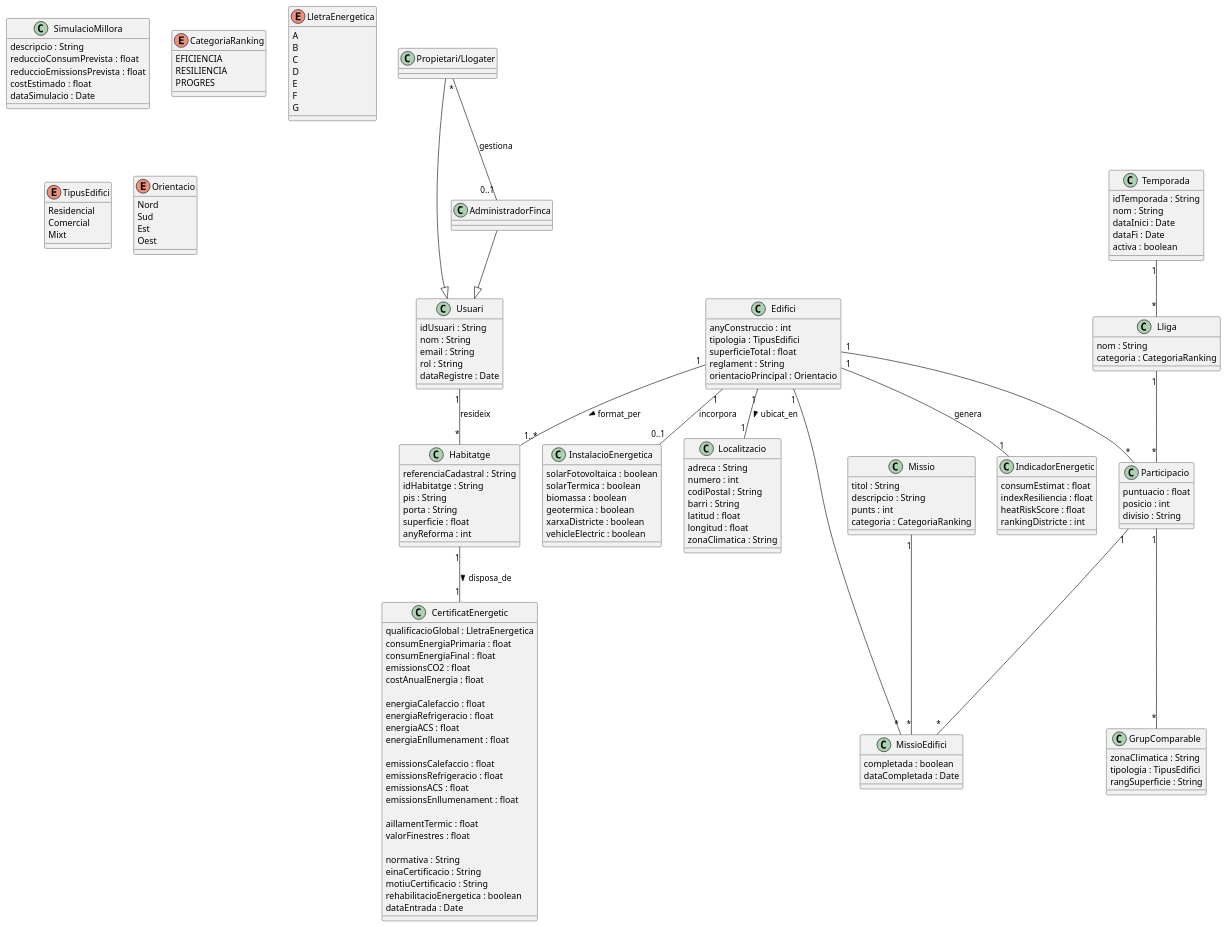
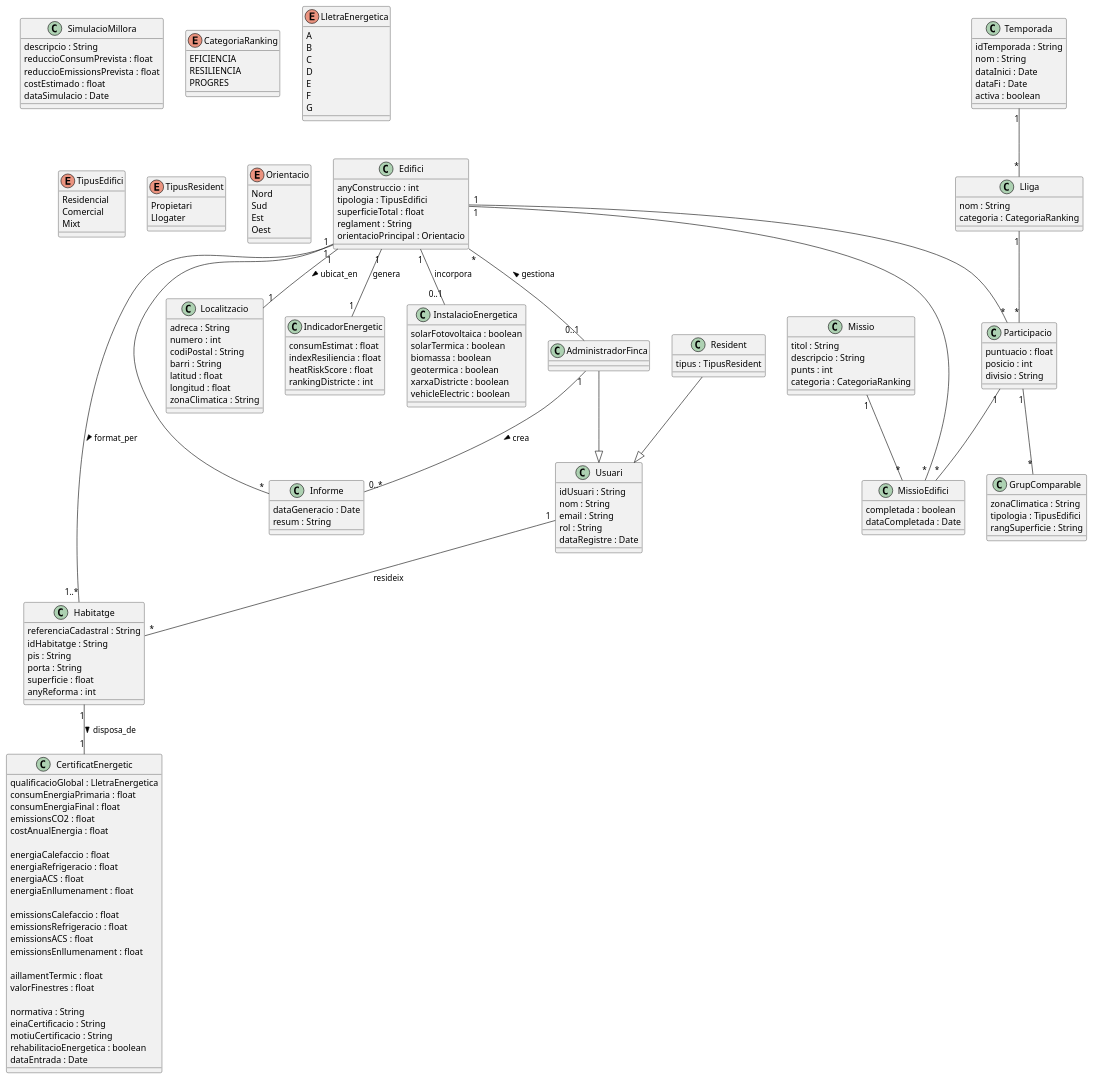
One commit to ScoreLab-Team/Backend-BuildRank changed the diagram in src/diagram.puml. Above: the diagram before and after it, drawn with PlantUML.

Commit message:
afegir classes Resident i Informe, i actualitzar relacions d'usuari. També afegir comentaris a debatre

```diff
--- a/src/diagram.puml
+++ b/src/diagram.puml
@@ -1,176 +1,192 @@
 @startuml
 
 class Edifici {
     anyConstruccio : int
     tipologia : TipusEdifici
     superficieTotal : float
     reglament : String
     orientacioPrincipal : Orientacio
 }
 
 class Habitatge {
   referenciaCadastral : String
   idHabitatge : String
   pis : String
   porta : String
   superficie : float
   anyReforma : int
 }
 
 class Localitzacio {
   adreca : String
   numero : int
   codiPostal : String
   barri : String
   latitud : float
   longitud : float
   zonaClimatica : String
 }
 class CertificatEnergetic {
     qualificacioGlobal : LletraEnergetica
     consumEnergiaPrimaria : float
     consumEnergiaFinal : float
     emissionsCO2 : float
     costAnualEnergia : float
 
     energiaCalefaccio : float
     energiaRefrigeracio : float
     energiaACS : float
     energiaEnllumenament : float
 
     emissionsCalefaccio : float
     emissionsRefrigeracio : float
     emissionsACS : float
     emissionsEnllumenament : float
 
     aillamentTermic : float
     valorFinestres : float
 
     normativa : String
     einaCertificacio : String
     motiuCertificacio : String
     rehabilitacioEnergetica : boolean
     dataEntrada : Date
 }
 
 class IndicadorEnergetic {
   consumEstimat : float
   indexResiliencia : float
   heatRiskScore : float
   rankingDistricte : int
 }
 
 class Usuari {
   idUsuari : String
   nom : String
   email : String
   rol : String
   dataRegistre : Date
 }
 
-class Propietari/Llogater{}
+class Resident{
+  tipus : TipusResident
+}
 class AdministradorFinca{}
 
 class InstalacioEnergetica {
   solarFotovoltaica : boolean
   solarTermica : boolean
   biomassa : boolean
   geotermica : boolean
   xarxaDistricte : boolean
   vehicleElectric : boolean
 }
 
 class Temporada {
   idTemporada : String
   nom : String
   dataInici : Date
   dataFi : Date
   activa : boolean
 }
 class Lliga {
   nom : String
   categoria : CategoriaRanking
 }
 
 class Participacio {
   puntuacio : float
   posicio : int
   divisio : String
 }
 
 class GrupComparable {
   zonaClimatica : String
   tipologia : TipusEdifici
   rangSuperficie : String
 }
 class Missio {
   titol : String
   descripcio : String
   punts : int
   categoria : CategoriaRanking
 }
 class MissioEdifici {
   completada : boolean
   dataCompletada : Date
 }
 
 class SimulacioMillora {
   descripcio : String
   reduccioConsumPrevista : float
   reduccioEmissionsPrevista : float
   costEstimado : float
   dataSimulacio : Date
 }
 
+class Informe {
+  dataGeneracio : Date
+  resum : String
+}
+
 enum CategoriaRanking {
   EFICIENCIA
   RESILIENCIA
   PROGRES
 }
 
 enum LletraEnergetica {
   A
   B
   C
   D
   E
   F
   G
 }
 
 enum TipusEdifici {
   Residencial
   Comercial
   Mixt
 }
 
+enum TipusResident {
+  Propietari
+  Llogater
+}
+
 enum Orientacio {
   Nord
   Sud
   Est
   Oest
 }
 
 ' Relacions
 Edifici "1" -- "1" Localitzacio : ubicat_en >
 Edifici "1" -- "1..*" Habitatge : format_per >
 Habitatge "1" -- "1" CertificatEnergetic : disposa_de >
 Edifici "1" -- "1" IndicadorEnergetic : genera
+Edifici "1" -- "*" Informe
+
+' Per un habitatge només hi haurà un compte d'usuari
 Usuari "1" -- "*" Habitatge : resideix
-"Propietari/Llogater" "*" -- "0..1" AdministradorFinca : gestiona
+Edifici "*" -- "0..1" AdministradorFinca : gestiona <
 Edifici "1" -- "0..1" InstalacioEnergetica : incorpora
 AdministradorFinca --|> Usuari
-"Propietari/Llogater" --|> Usuari
+Resident --|> Usuari
+AdministradorFinca "1" -- "0..*" Informe : crea >
 
 Temporada "1" -- "*" Lliga
 Lliga "1" -- "*" Participacio
 Edifici "1" -- "*" Participacio
 
-
+' Potser millor: Edifici "1" -- "*" GrupComparable : pertany_a >, ja que el grup comparable no depen de la lliga
 Participacio "1" -- "*" GrupComparable
 
 Participacio "1" -- "*" MissioEdifici
 Missio "1" -- "*" MissioEdifici
 Edifici "1" -- "*" MissioEdifici
 
 @enduml
```
